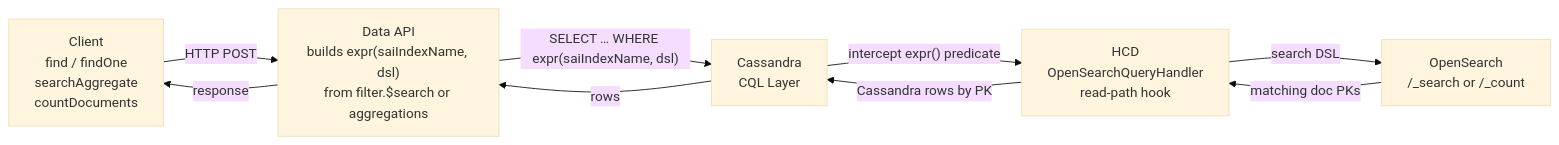
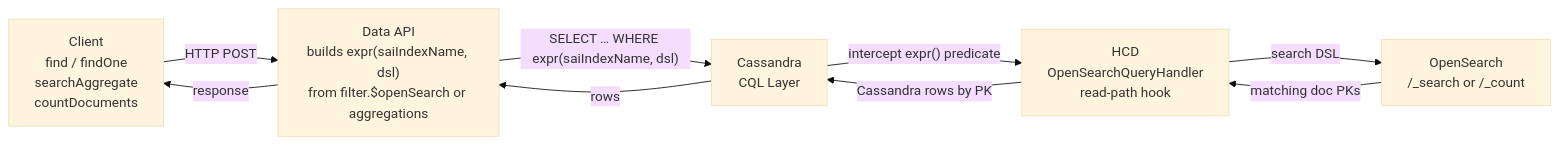
Before and after one commit to stargate/data-api: the second of 18 diagrams in docs/specifications-hcd-to-opensearch-data-api.md, drawn with Mermaid (base theme). The commit also changed other lines of this file and 451 other files, not shown here.

Commit message:
OpenSearch suport

````diff
--- a/docs/specifications-hcd-to-opensearch-data-api.md
+++ b/docs/specifications-hcd-to-opensearch-data-api.md
@@ -144,17 +173,17 @@
 ```mermaid
 flowchart LR
-  Client["Client\nfind / findOne\nsearchAggregate\ncountDocuments"]
-  DataAPI["Data API\nbuilds expr(saiIndexName, dsl)\nfrom filter.$search or aggregations"]
-  Cassandra["Cassandra\nCQL Layer"]
-  OQH["HCD\nOpenSearchQueryHandler\nread-path hook"]
-  OS["OpenSearch\n/_search or /_count"]
+    Client["Client\nfind / findOne\nsearchAggregate\ncountDocuments"]
+    DataAPI["Data API\nbuilds expr(saiIndexName, dsl)\nfrom filter.$openSearch or aggregations"]
+    Cassandra["Cassandra\nCQL Layer"]
+    OQH["HCD\nOpenSearchQueryHandler\nread-path hook"]
+    OS["OpenSearch\n/_search or /_count"]
 
-  Client -->|"HTTP POST"| DataAPI
-  DataAPI -->|"SELECT … WHERE expr(saiIndexName, dsl)"| Cassandra
-  Cassandra -->|"intercept expr() predicate"| OQH
-  OQH -->|"search DSL"| OS
-  OS -->|"matching doc PKs"| OQH
-  OQH -->|"Cassandra rows by PK"| Cassandra
-  Cassandra -->|"rows"| DataAPI
-  DataAPI -->|"response"| Client
+    Client -->|"HTTP POST"| DataAPI
+    DataAPI -->|"SELECT … WHERE expr(saiIndexName, dsl)"| Cassandra
+    Cassandra -->|"intercept expr() predicate"| OQH
+    OQH -->|"search DSL"| OS
+    OS -->|"matching doc PKs"| OQH
+    OQH -->|"Cassandra rows by PK"| Cassandra
+    Cassandra -->|"rows"| DataAPI
+    DataAPI -->|"response"| Client
 ```
````
